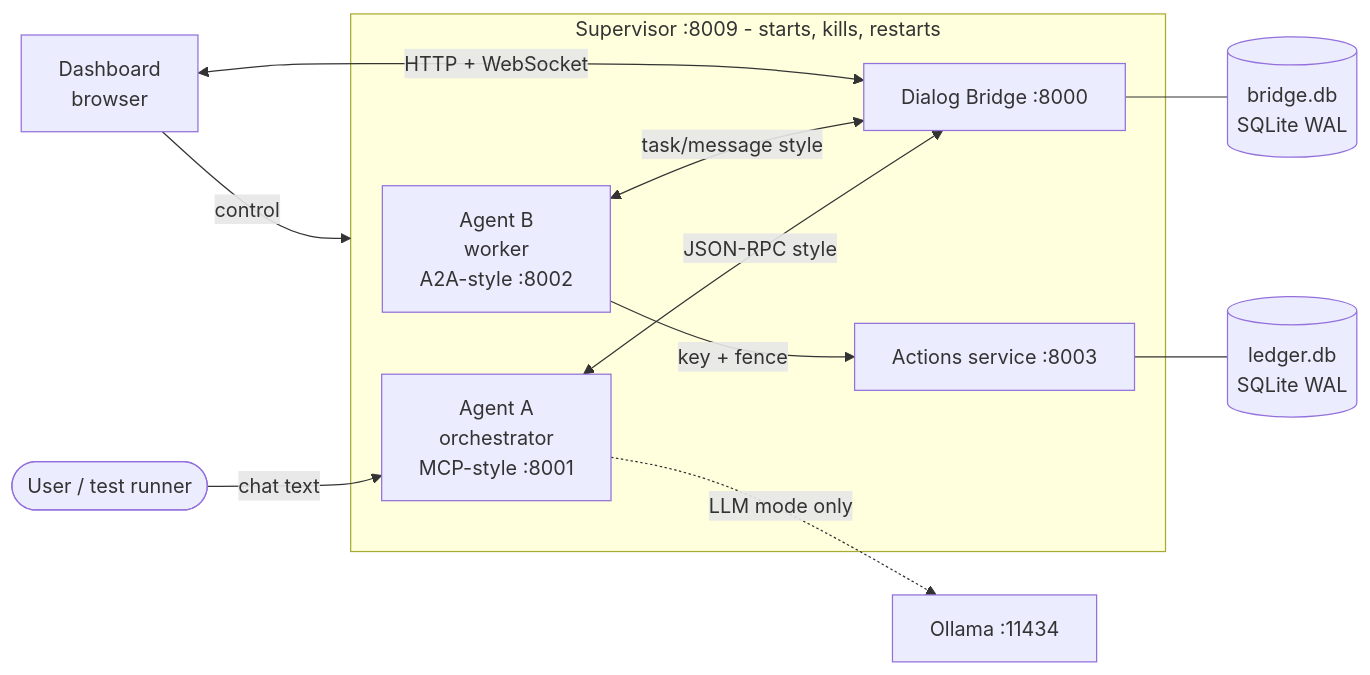
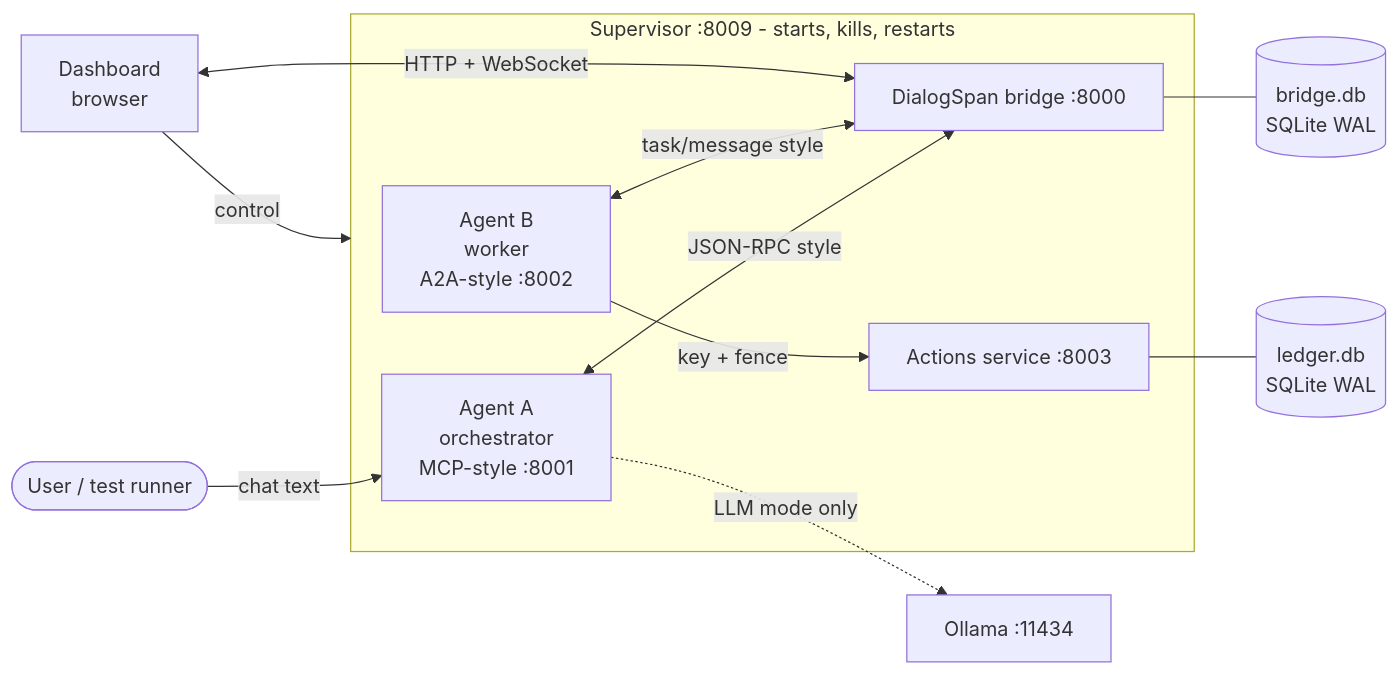
The first of 3 diagrams in docs/ARCHITECTURE.md (aiori-hackathon/A3-PS021-TC397), drawn with Mermaid before and after one commit. The commit also changed other lines of this file and 13 other files, not shown here.

First line of the commit message:
rename the product from Dialog Bridge to DialogSpan

````diff
--- a/docs/ARCHITECTURE.md
+++ b/docs/ARCHITECTURE.md
@@ -11,18 +11,18 @@
 ```mermaid
 flowchart LR
     U([User / test runner]) -->|chat text| A
     subgraph SUP[Supervisor :8009 - starts, kills, restarts]
         A[Agent A<br/>orchestrator<br/>MCP-style :8001]
-        BR[Dialog Bridge :8000]
+        BR[DialogSpan bridge :8000]
         B[Agent B<br/>worker<br/>A2A-style :8002]
         ACT[Actions service :8003]
     end
     A <-->|JSON-RPC style| BR
     B <-->|task/message style| BR
     B -->|key + fence| ACT
     BR --- DB[(bridge.db<br/>SQLite WAL)]
     ACT --- LDB[(ledger.db<br/>SQLite WAL)]
     D[Dashboard<br/>browser] <-->|HTTP + WebSocket| BR
     D -->|control| SUP
     A -.->|LLM mode only| O[Ollama :11434]
 ```
````
